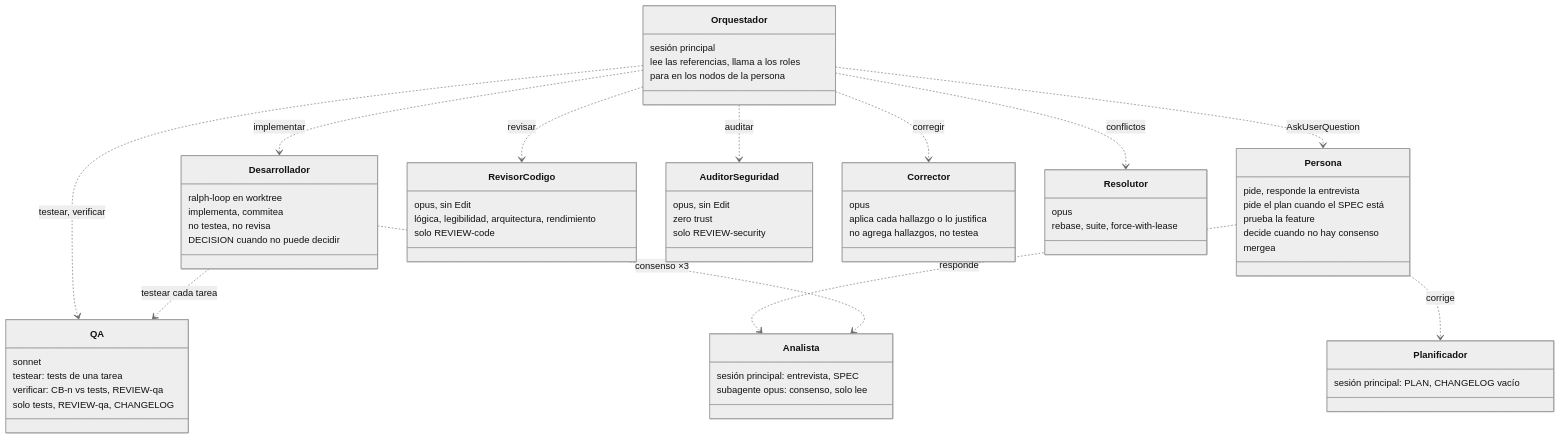
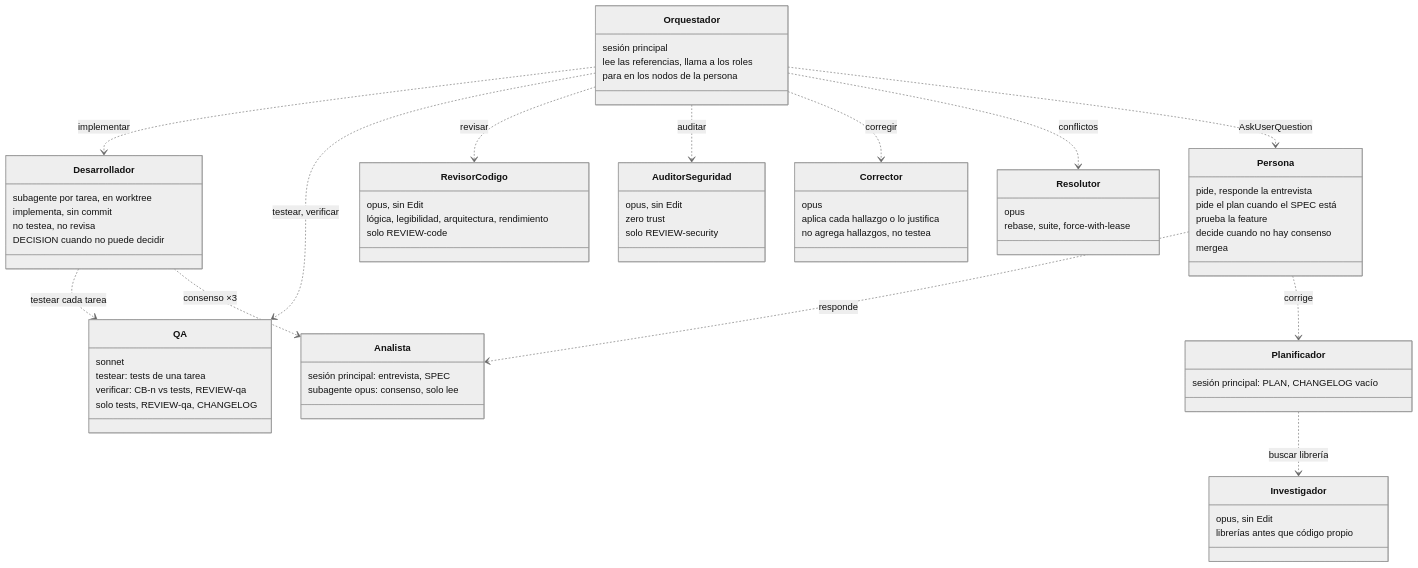
Before and after one commit to octavio-parozlabs/mindstack: the second of 2 diagrams in skills/workflow/references/roles-and-artifacts.md, drawn with Mermaid (neutral theme). The commit also changed other lines of this file and 39 other files, not shown here.

````diff
--- a/skills/workflow/references/roles-and-artifacts.md
+++ b/skills/workflow/references/roles-and-artifacts.md
@@ -60,65 +60,70 @@
 ```mermaid
 classDiagram
     class Persona {
         pide, responde la entrevista
         pide el plan cuando el SPEC está
         prueba la feature
         decide cuando no hay consenso
         mergea
     }
     class Analista {
         sesión principal: entrevista, SPEC
         subagente opus: consenso, solo lee
     }
     class Planificador {
         sesión principal: PLAN, CHANGELOG vacío
     }
     class Desarrollador {
-        ralph-loop en worktree
-        implementa, commitea
+        subagente por tarea, en worktree
+        implementa, sin commit
         no testea, no revisa
         DECISION cuando no puede decidir
     }
     class QA {
         sonnet
         testear: tests de una tarea
         verificar: CB-n vs tests, REVIEW-qa
         solo tests, REVIEW-qa, CHANGELOG
+    }
+    class Investigador {
+        opus, sin Edit
+        librerías antes que código propio
     }
     class RevisorCodigo {
         opus, sin Edit
         lógica, legibilidad, arquitectura, rendimiento
         solo REVIEW-code
     }
     class AuditorSeguridad {
         opus, sin Edit
         zero trust
         solo REVIEW-security
     }
     class Corrector {
         opus
         aplica cada hallazgo o lo justifica
         no agrega hallazgos, no testea
     }
     class Resolutor {
         opus
         rebase, suite, force-with-lease
     }
     class Orquestador {
         sesión principal
         lee las referencias, llama a los roles
         para en los nodos de la persona
     }
 
     Persona ..> Analista : responde
     Persona ..> Planificador : corrige
+    Planificador ..> Investigador : buscar librería
     Orquestador ..> Desarrollador : implementar
     Orquestador ..> QA : testear, verificar
     Orquestador ..> RevisorCodigo : revisar
     Orquestador ..> AuditorSeguridad : auditar
     Orquestador ..> Corrector : corregir
     Orquestador ..> Resolutor : conflictos
     Desarrollador ..> QA : testear cada tarea
     Desarrollador ..> Analista : consenso ×3
     Orquestador ..> Persona : AskUserQuestion
 ```
````
